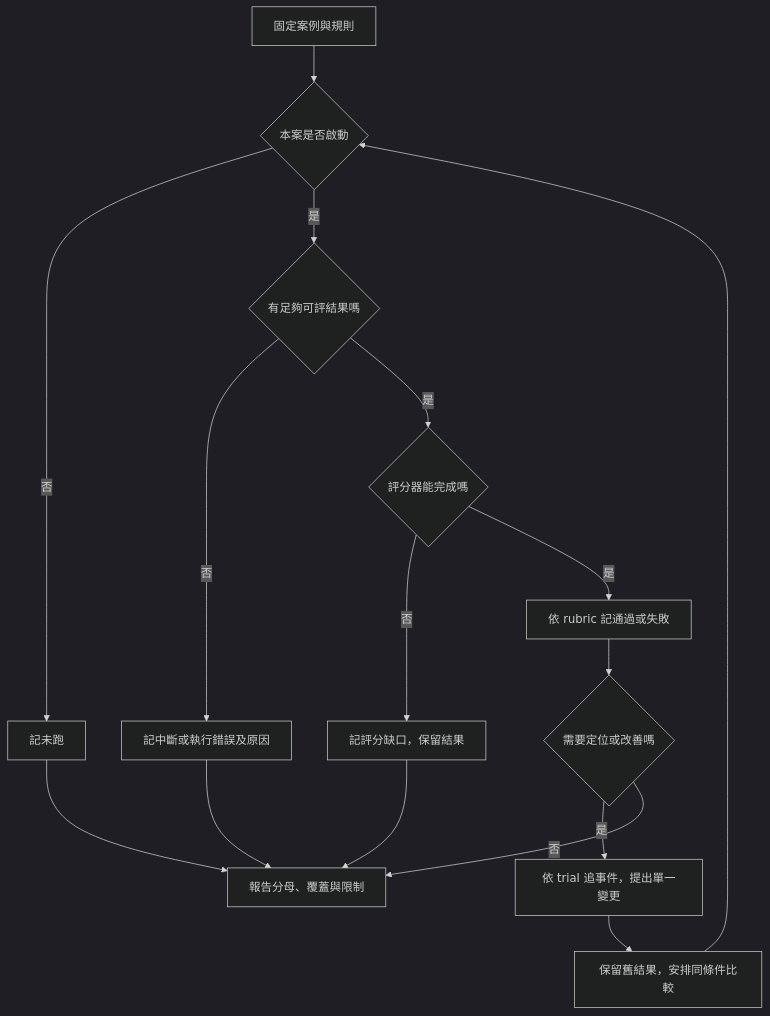
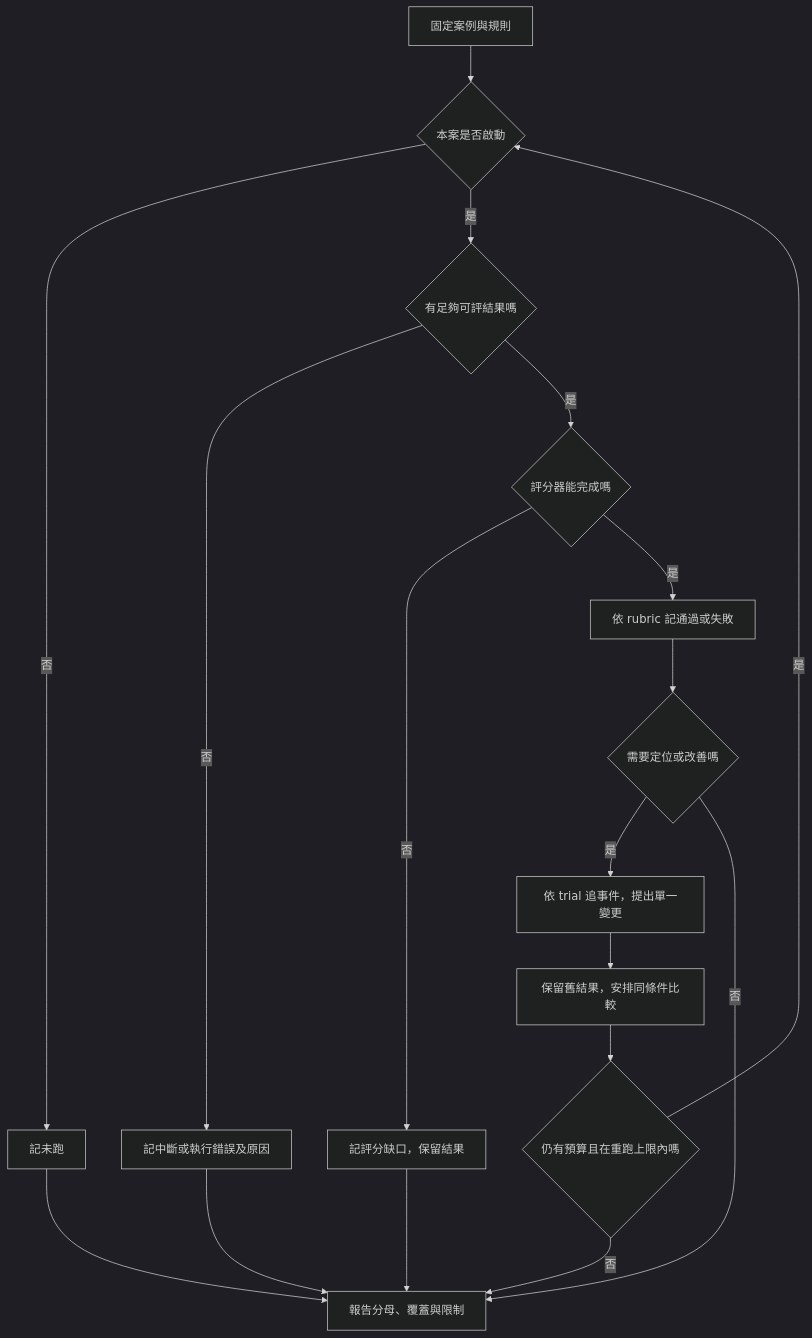
Before and after one commit to easyvibecoding/Agent-Engineering: the diagram in chapters/production/13-evals-observability-and-budgets/lesson.md, drawn with Mermaid (dark theme). The commit also changed other lines of this file and 134 other files, not shown here.

````diff
--- a/chapters/production/13-evals-observability-and-budgets/lesson.md
+++ b/chapters/production/13-evals-observability-and-budgets/lesson.md
@@ -109,18 +198,20 @@
 ```mermaid
 flowchart TD
     A[固定案例與規則] --> B{本案是否啟動}
     B -->|否| C[記未跑]
     B -->|是| D{有足夠可評結果嗎}
     D -->|否| E[記中斷或執行錯誤及原因]
     D -->|是| F{評分器能完成嗎}
     F -->|否| G[記評分缺口，保留結果]
     F -->|是| H[依 rubric 記通過或失敗]
     H --> I{需要定位或改善嗎}
     I -->|是| J[依 trial 追事件，提出單一變更]
     J --> K[保留舊結果，安排同條件比較]
-    K --> B
+    K --> M{仍有預算且在重跑上限內嗎}
+    M -->|是| B
+    M -->|否| L
     I -->|否| L[報告分母、覆蓋與限制]
     C --> L
     E --> L
     G --> L
 ```
````
